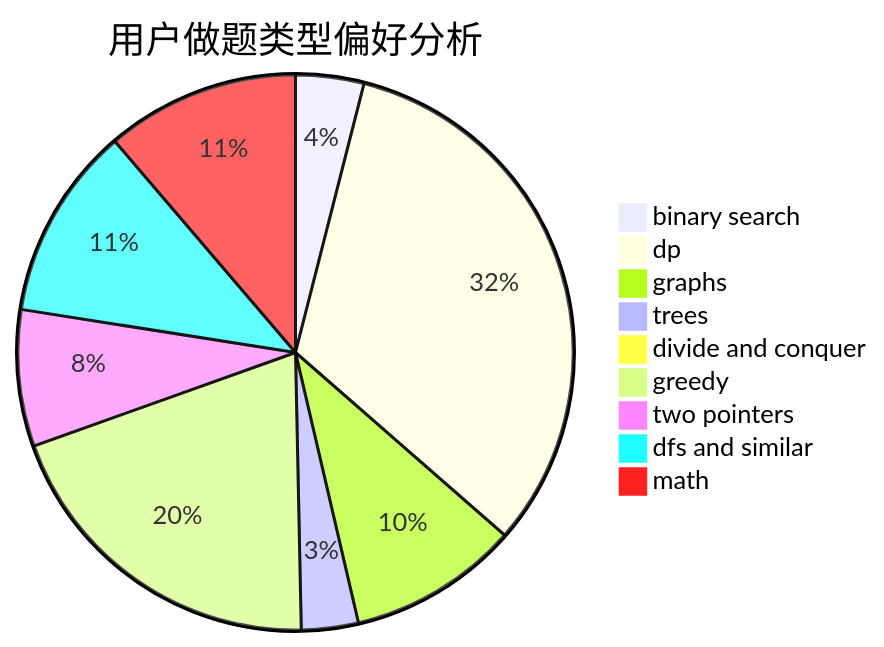
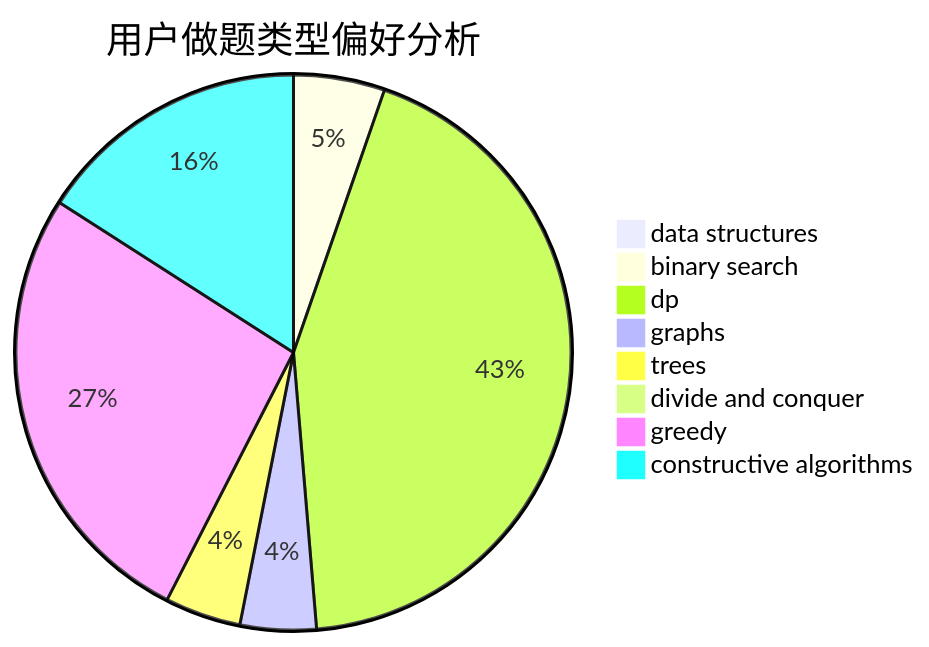
The second of 3 diagrams in docs/user/u2629.md (sherpahu/cfrs.github.io), drawn with Mermaid before and after one commit. The commit also changed other lines of this file and 2775 other files, not shown here.

````diff
--- a/docs/user/u2629.md
+++ b/docs/user/u2629.md
@@ -23,12 +23,11 @@
 ```mermaid
 pie title 用户做题类型偏好分析
+    "data structures" :  0
     "binary search" :  6
     "dp" :  49
-    "graphs" :  15
+    "graphs" :  5
     "trees" :  5
     "divide and conquer" :  0
     "greedy" :  30
-    "two pointers" :  12
-    "dfs and similar" :  17
-    "math" :  17
+    "constructive algorithms" :  18
 ```
````
